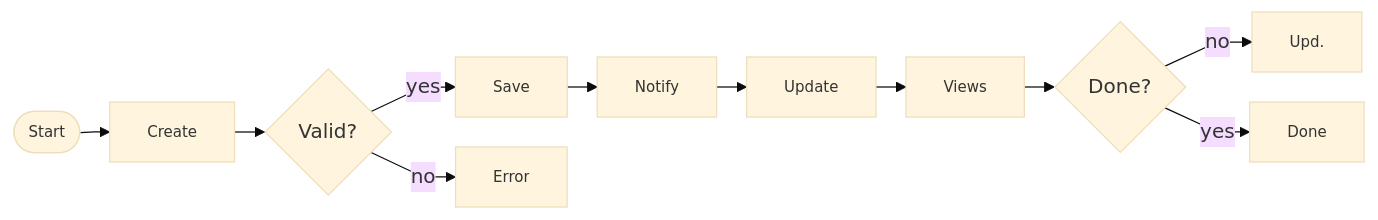
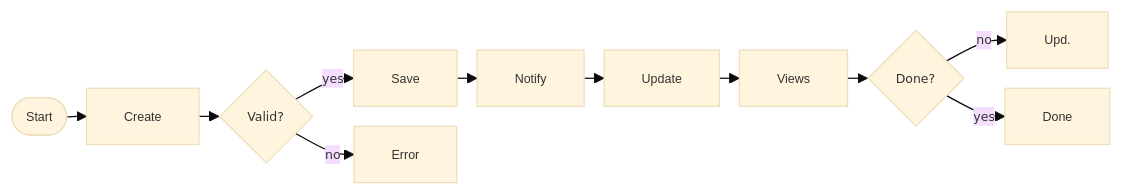
One commit to ritiku2004/Zira-Project-details changed the diagram in diagrams/activity-slide.mmd. Above: the diagram before and after it, drawn with Mermaid. The commit also changed 2 other files, not shown here.

Commit message:
Diagrames added

````diff
--- a/diagrams/activity-slide.mmd
+++ b/diagrams/activity-slide.mmd
@@ -2,21 +2,21 @@
 ```mermaid
 %% Compact slide-friendly activity diagram
 %% Use init to reduce node/rank spacing and a small font class
-%%{init: {"theme":"base","flowchart": {"nodeSpacing": 24, "rankSpacing": 24, "curve":"linear"}}}%%
+%%{init: {"theme":"base","flowchart": {"nodeSpacing": 16, "rankSpacing": 16, "curve":"basis"}, "themeVariables": {"fontSize": "10px", "fontFamily": "arial"}}}%%
 flowchart LR
-  classDef small font-size:12px;
+  classDef small font-size:10px,font-family:arial;
 
   Start([Start]) --> Create[Create]
   Create --> Valid{Valid?}
   Valid -->|yes| Save[Save]
   Valid -->|no| Error[Error]
   Save --> Notify[Notify]
   Notify --> Update[Update]
   Update --> Views[Views]
   Views --> Loop{Done?}
   Loop -->|no| UpdateStatus[Upd.]
   Loop -->|yes| Complete[Done]
 
   class Start,Create,Save,Notify,Update,Views,UpdateStatus,Complete,Error small
 
 ``` 
````
